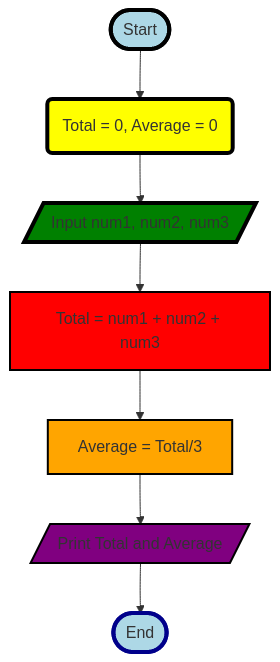
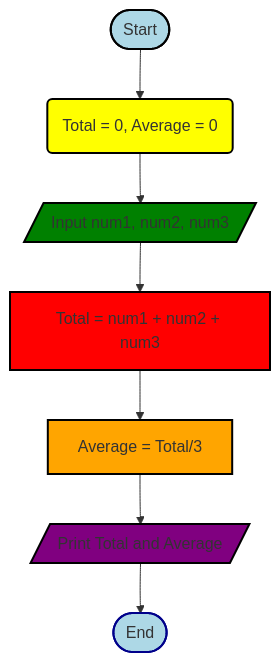
Before and after one commit to Halamohamed/Workshops-Algorithm-Flowchart: the first of 3 diagrams in mermaid.md, drawn with Mermaid. The commit also changed other lines of this file, not shown here.

````diff
--- a/mermaid.md
+++ b/mermaid.md
@@ -5,16 +5,16 @@
 ``` mermaid
 flowchart TD
     A([Start]) --> B(Total = 0, Average = 0)
-    style A fill:lightblue,stroke:black,stroke-width:4px,shadow:shadow
+    style A fill:lightblue,stroke:black,stroke-width:2px,shadow:shadow
     B --> C[/Input num1, num2, num3/]
-    style B fill:yellow,stroke:black,stroke-width:4px,shadow:shadow
+    style B fill:yellow,stroke:black,stroke-width:2px,shadow:shadow
     C --> D[Total = num1 + num2 + num3]
-    style C fill:green,stroke:black,stroke-width:4px,shadow:shadow
+    style C fill:green,stroke:black,stroke-width:2px,shadow:shadow
     D --> E[Average = Total/3 ]
     E --> F[/Print Total and Average/]
     F --> S([End])
     style D fill:red,stroke:black,stroke-width:2px,shadow:shadow
     style E fill:orange,stroke:black,stroke-width:2px,shadow:shadow
     style F fill:purple,stroke:black,stroke-width:2px,shadow:shadow
-    style S fill:lightblue,stroke:darkblue,stroke-width:4px,shadow:shadow
+    style S fill:lightblue,stroke:darkblue,stroke-width:2px,shadow:shadow
 ```
````
